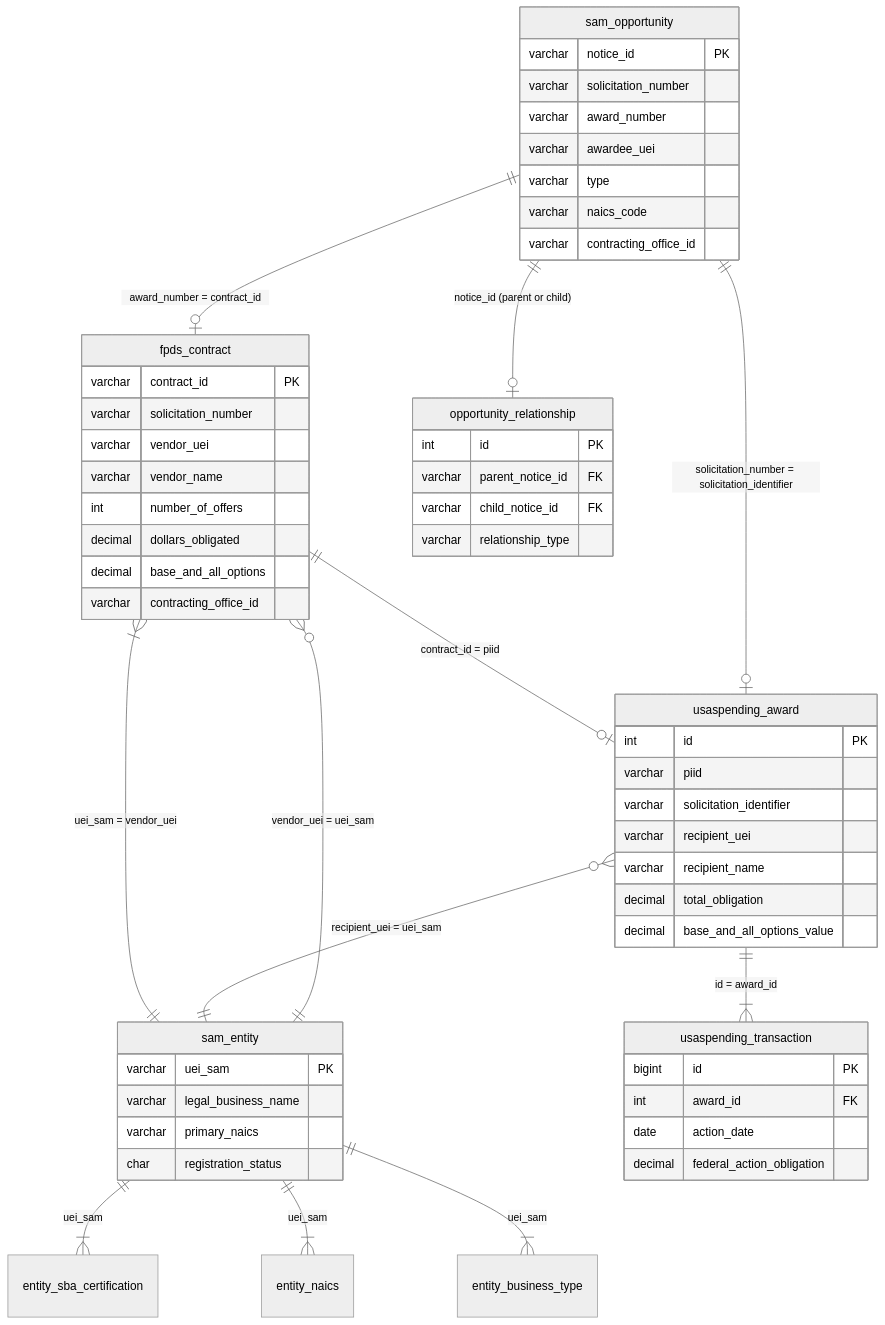
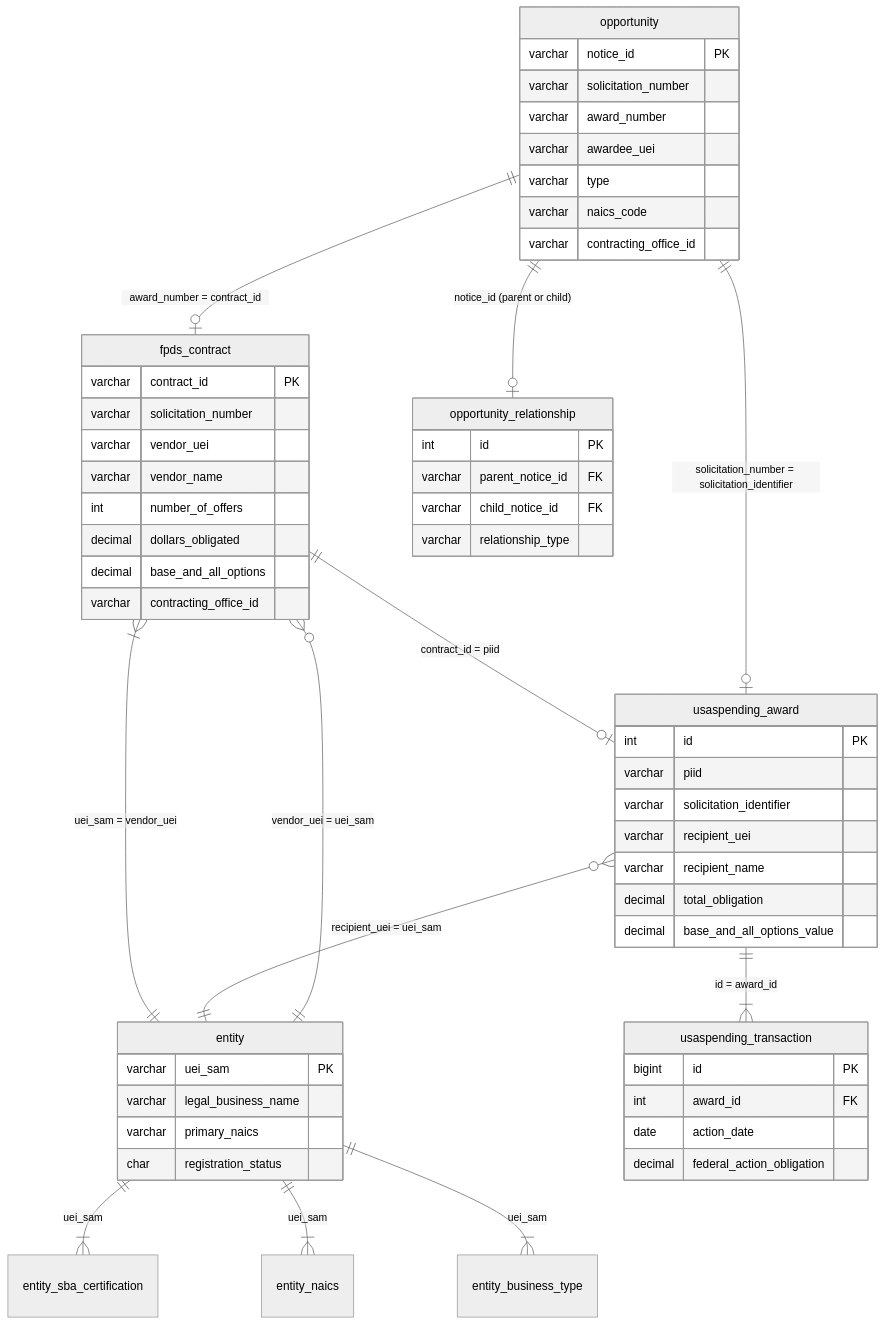
Before and after one commit to kaltinril/FedProspector: the diagram in thesolution/reference/07-DATA-ARCHITECTURE.md, drawn with Mermaid (neutral theme). The commit also changed other lines of this file and 20 other files, not shown here.

First line of the commit message:
Project health review: schema fixes, doc corrections, context optimization

````diff
--- a/thesolution/reference/07-DATA-ARCHITECTURE.md
+++ b/thesolution/reference/07-DATA-ARCHITECTURE.md
@@ -117,66 +130,66 @@
 ```mermaid
 erDiagram
-    sam_opportunity ||--o| fpds_contract : "award_number = contract_id"
-    sam_opportunity ||--o| usaspending_award : "solicitation_number = solicitation_identifier"
-    sam_opportunity ||--o| opportunity_relationship : "notice_id (parent or child)"
+    opportunity ||--o| fpds_contract : "award_number = contract_id"
+    opportunity ||--o| usaspending_award : "solicitation_number = solicitation_identifier"
+    opportunity ||--o| opportunity_relationship : "notice_id (parent or child)"
     fpds_contract ||--o| usaspending_award : "contract_id = piid"
-    fpds_contract }o--|| sam_entity : "vendor_uei = uei_sam"
-    usaspending_award }o--|| sam_entity : "recipient_uei = uei_sam"
+    fpds_contract }o--|| entity : "vendor_uei = uei_sam"
+    usaspending_award }o--|| entity : "recipient_uei = uei_sam"
     usaspending_award ||--|{ usaspending_transaction : "id = award_id"
-    sam_entity ||--|{ entity_sba_certification : "uei_sam"
-    sam_entity ||--|{ entity_naics : "uei_sam"
-    sam_entity ||--|{ entity_business_type : "uei_sam"
-    sam_entity ||--|{ fpds_contract : "uei_sam = vendor_uei"
+    entity ||--|{ entity_sba_certification : "uei_sam"
+    entity ||--|{ entity_naics : "uei_sam"
+    entity ||--|{ entity_business_type : "uei_sam"
+    entity ||--|{ fpds_contract : "uei_sam = vendor_uei"
 
-    sam_opportunity {
+    opportunity {
         varchar notice_id PK
         varchar solicitation_number
         varchar award_number
         varchar awardee_uei
         varchar type
         varchar naics_code
         varchar contracting_office_id
     }
 
     fpds_contract {
         varchar contract_id PK
         varchar solicitation_number
         varchar vendor_uei
         varchar vendor_name
         int number_of_offers
         decimal dollars_obligated
         decimal base_and_all_options
         varchar contracting_office_id
     }
 
     usaspending_award {
         int id PK
         varchar piid
         varchar solicitation_identifier
         varchar recipient_uei
         varchar recipient_name
         decimal total_obligation
         decimal base_and_all_options_value
     }
 
     usaspending_transaction {
         bigint id PK
         int award_id FK
         date action_date
         decimal federal_action_obligation
     }
 
-    sam_entity {
+    entity {
         varchar uei_sam PK
         varchar legal_business_name
         varchar primary_naics
         char registration_status
     }
 
     opportunity_relationship {
         int id PK
         varchar parent_notice_id FK
         varchar child_notice_id FK
         varchar relationship_type
     }
 ```
````
